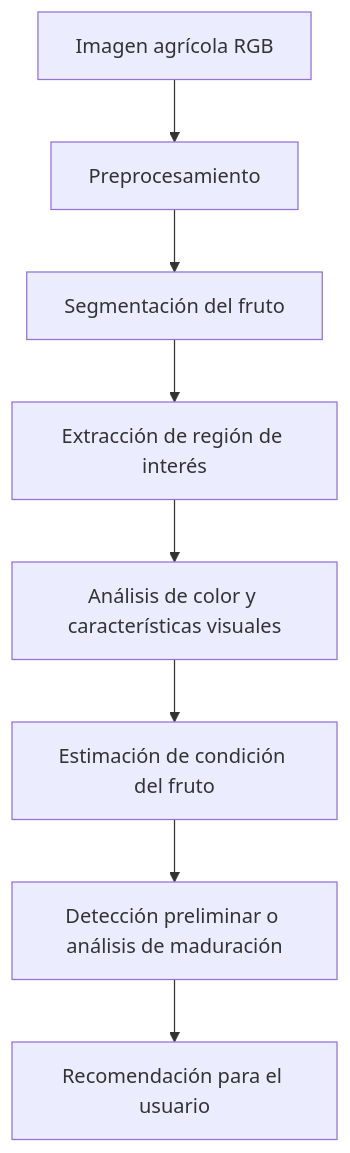
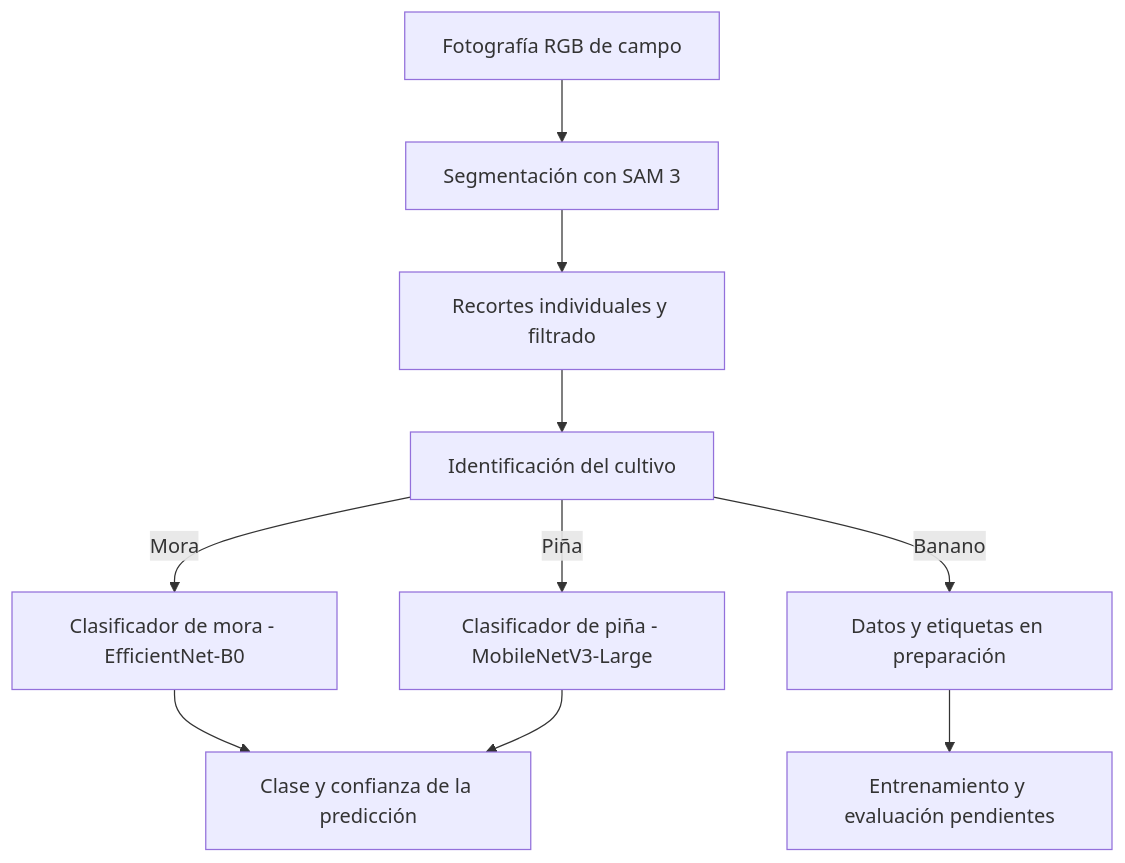
One commit to pablogomeztinst/MercoIA_Platform changed the third of 3 diagrams in README.md. Above: the diagram before and after it, drawn with Mermaid. The commit also changed other lines of this file, not shown here.

First line of the commit message:
Revise README.md with updated architecture and details

````diff
--- a/README.md
+++ b/README.md
@@ -245,10 +290,12 @@
 ```mermaid
 flowchart TD
-    A[Imagen agrícola RGB] --> B[Preprocesamiento]
-    B --> C[Segmentación del fruto]
-    C --> D[Extracción de región de interés]
-    D --> E[Análisis de color y características visuales]
-    E --> F[Estimación de condición del fruto]
-    F --> G[Detección preliminar o análisis de maduración]
-    G --> H[Recomendación para el usuario]
+    A[Fotografía RGB de campo] --> B[Segmentación con SAM 3]
+    B --> C[Recortes individuales y filtrado]
+    C --> D[Identificación del cultivo]
+    D -->|Mora| E[Clasificador de mora - EfficientNet-B0]
+    D -->|Piña| F[Clasificador de piña - MobileNetV3-Large]
+    D -->|Banano| G[Datos y etiquetas en preparación]
+    E --> H[Clase y confianza de la predicción]
+    F --> H
+    G --> I[Entrenamiento y evaluación pendientes]
 ```
````
